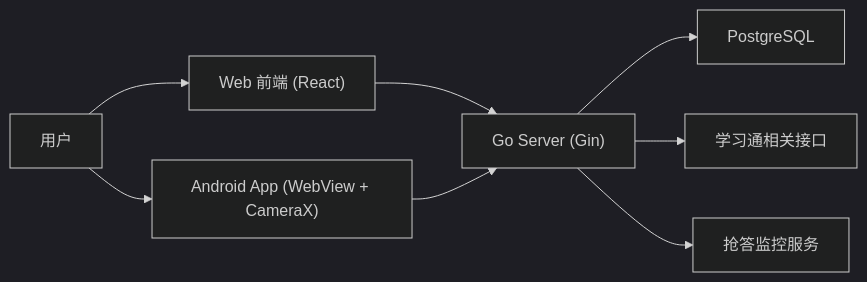
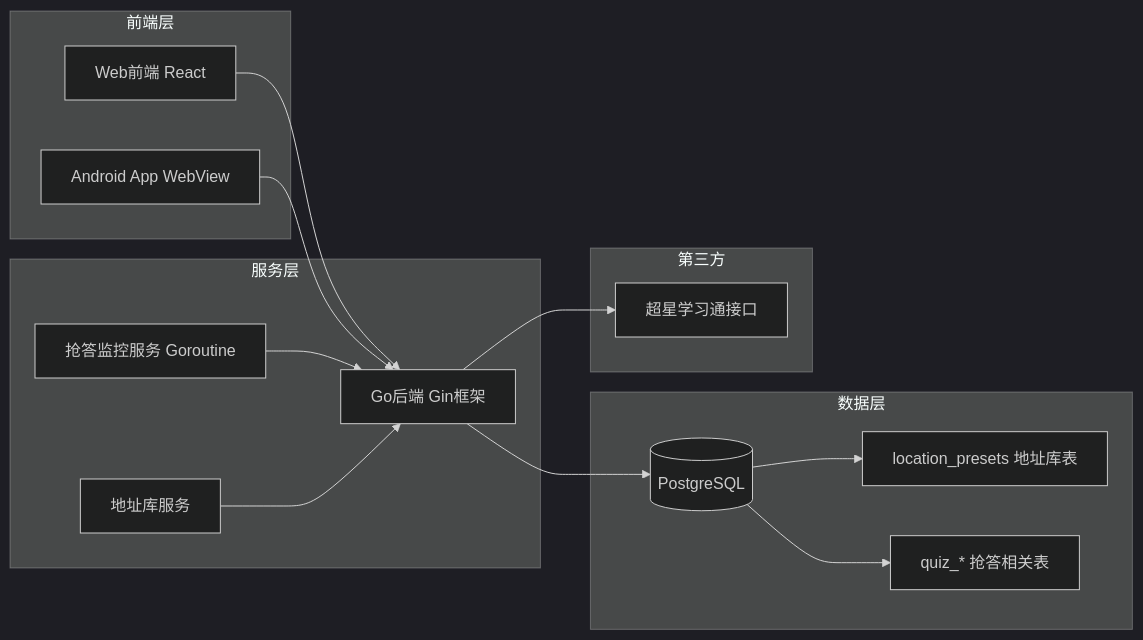
Before and after one commit to Gin0715/XBT: the diagram in README.md, drawn with Mermaid (dark theme). The commit also changed other lines of this file and 1 other file, not shown here.

````diff
--- a/README.md
+++ b/README.md
@@ -121,10 +76,30 @@
 ```mermaid
 flowchart LR
-  U["用户"] --> W["Web 前端 (React)"]
-  U --> A["Android App (WebView + CameraX)"]
-  W --> S["Go Server (Gin)"]
-  A --> S
-  S --> D["PostgreSQL"]
-  S --> X["学习通相关接口"]
-  S --> Q["抢答监控服务"]
+    subgraph 前端层
+        W[Web前端 React]
+        A[Android App WebView]
+    end
+    
+    subgraph 服务层
+        S[Go后端 Gin框架]
+        Q[抢答监控服务 Goroutine]
+        L[地址库服务]
+    end
+    
+    subgraph 数据层
+        D[(PostgreSQL)]
+        D --> L1[location_presets 地址库表]
+        D --> Q1[quiz_* 抢答相关表]
+    end
+    
+    subgraph 第三方
+        X[超星学习通接口]
+    end
+    
+    W --> S
+    A --> S
+    S --> D
+    S --> X
+    Q --> S
+    L --> S
 ```
````
